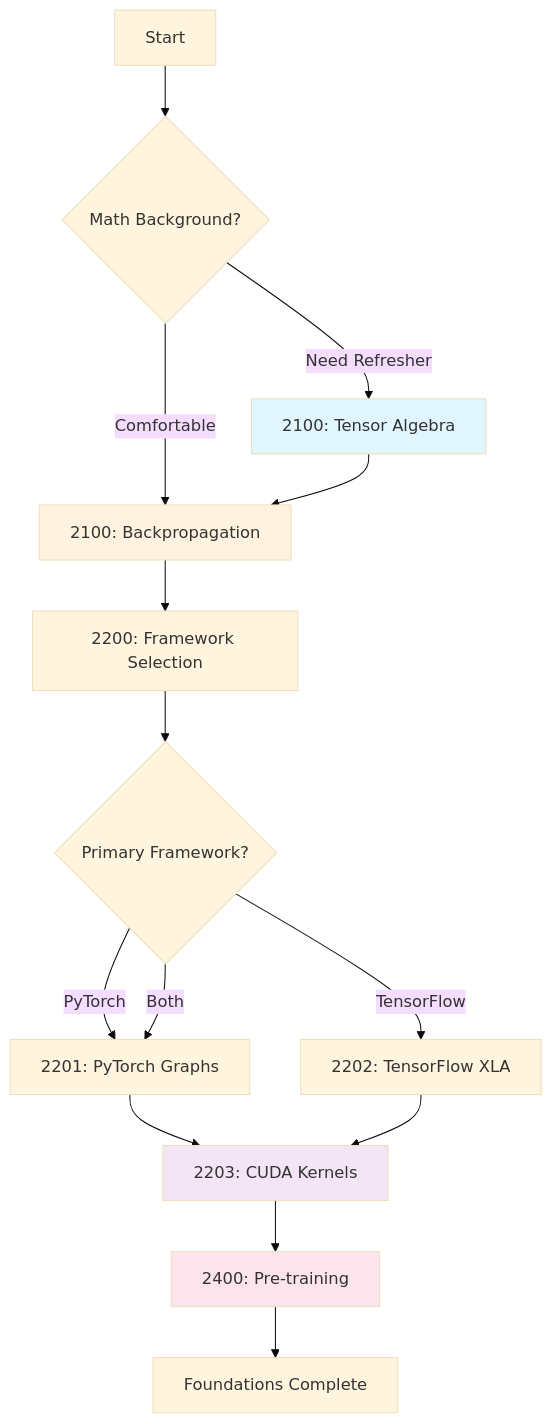
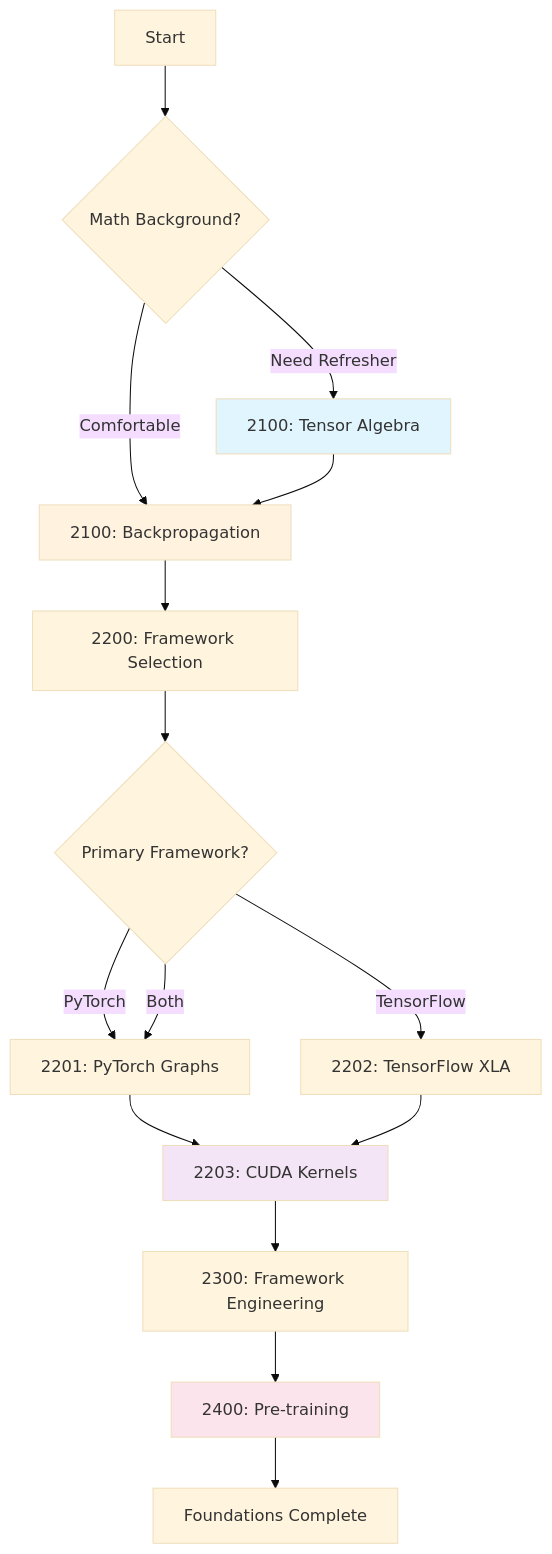
One commit to minderhq/academy changed the third of 3 diagrams in docs/phases/phase2-foundations/README.md. Above: the diagram before and after it, drawn with Mermaid (base theme). The commit also changed other lines of this file, not shown here.

````diff
--- a/docs/phases/phase2-foundations/README.md
+++ b/docs/phases/phase2-foundations/README.md
@@ -340,26 +361,27 @@
 ```mermaid
 graph TD
     A[Start] --> B{Math Background?}
 
     B -->|Need Refresher| C[2100: Tensor Algebra]
     B -->|Comfortable| D[2100: Backpropagation]
 
     C --> D
     D --> E[2200: Framework Selection]
 
     E --> F{Primary Framework?}
     F -->|PyTorch| G[2201: PyTorch Graphs]
     F -->|TensorFlow| H[2202: TensorFlow XLA]
     F -->|Both| G
 
     G --> I[2203: CUDA Kernels]
     H --> I
 
-    I --> J[2400: Pre-training]
+    I --> M[2300: Framework Engineering]
+    M --> J[2400: Pre-training]
     J --> K[Foundations Complete]
 
     style C fill:#e1f5fe
     style D fill:#fff3e0
     style I fill:#f3e5f5
     style J fill:#fce4ec
 ```
````
